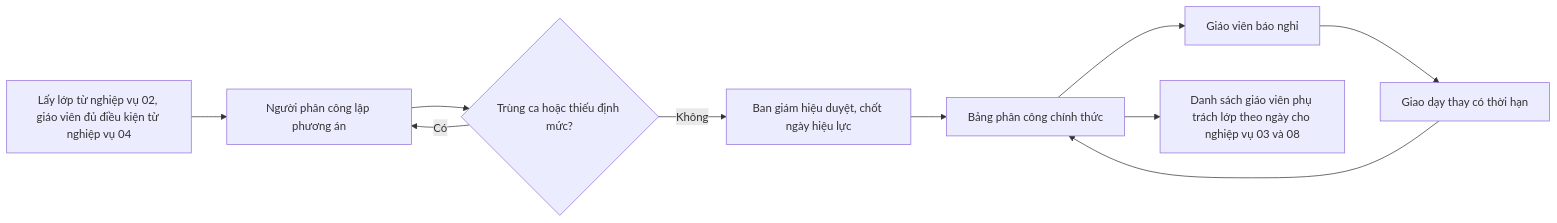
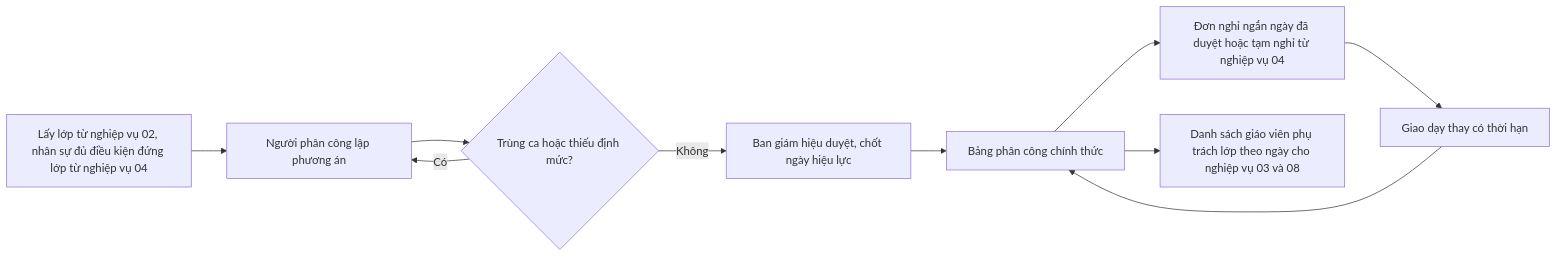
The diagram in docs/survey/05-teacher-assignment.md (CAMEL1204/Kindergarten-Management-System), drawn with Mermaid before and after one commit. The commit also changed other lines of this file and 12 other files, not shown here.

````diff
--- a/docs/survey/05-teacher-assignment.md
+++ b/docs/survey/05-teacher-assignment.md
@@ -29,10 +29,10 @@
 ```mermaid
 flowchart LR
-    A["Lấy lớp từ nghiệp vụ 02, giáo viên đủ điều kiện từ nghiệp vụ 04"] --> B["Người phân công lập phương án"]
+    A["Lấy lớp từ nghiệp vụ 02, nhân sự đủ điều kiện đứng lớp từ nghiệp vụ 04"] --> B["Người phân công lập phương án"]
     B --> C{"Trùng ca hoặc thiếu định mức?"}
     C -- "Có" --> B
     C -- "Không" --> D["Ban giám hiệu duyệt, chốt ngày hiệu lực"]
     D --> E["Bảng phân công chính thức"]
-    E --> F["Giáo viên báo nghỉ"] --> G["Giao dạy thay có thời hạn"] --> E
+    E --> F["Đơn nghỉ ngắn ngày đã duyệt hoặc tạm nghỉ từ nghiệp vụ 04"] --> G["Giao dạy thay có thời hạn"] --> E
     E --> H["Danh sách giáo viên phụ trách lớp theo ngày cho nghiệp vụ 03 và 08"]
 ```
````
